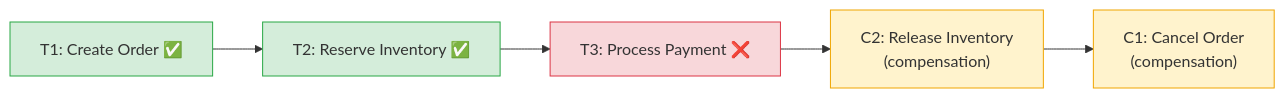
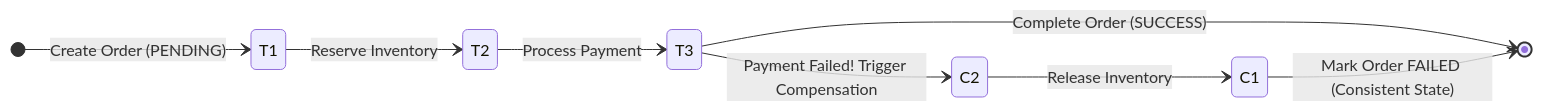
Before and after one commit to vesviet/vesviet: the third of 8 diagrams in content/series/system-design/08-saga-pattern-distributed-transactions-go.md, drawn with Mermaid. The commit also changed other lines of this file and 38 other files, not shown here.

````diff
--- a/content/series/system-design/08-saga-pattern-distributed-transactions-go.md
+++ b/content/series/system-design/08-saga-pattern-distributed-transactions-go.md
@@ -76,13 +126,12 @@
 ```mermaid
-graph LR
-    T1["T1: Create Order ✅"] --> T2["T2: Reserve Inventory ✅"]
-    T2 --> T3["T3: Process Payment ❌"]
-    T3 --> C2["C2: Release Inventory\n(compensation)"]
-    C2 --> C1["C1: Cancel Order\n(compensation)"]
+stateDiagram-v2
+    direction LR
+    [*] --> T1: Create Order (PENDING)
+    T1 --> T2: Reserve Inventory
+    T2 --> T3: Process Payment
+    T3 --> [*]: Complete Order (SUCCESS)
 
-    style T3 fill:#f8d7da,stroke:#dc3545
-    style C2 fill:#fff3cd,stroke:#f0a500
-    style C1 fill:#fff3cd,stroke:#f0a500
-    style T1 fill:#d4edda,stroke:#28a745
-    style T2 fill:#d4edda,stroke:#28a745
+    T3 --> C2: Payment Failed! Trigger Compensation
+    C2 --> C1: Release Inventory
+    C1 --> [*]: Mark Order FAILED (Consistent State)
 ```
````
